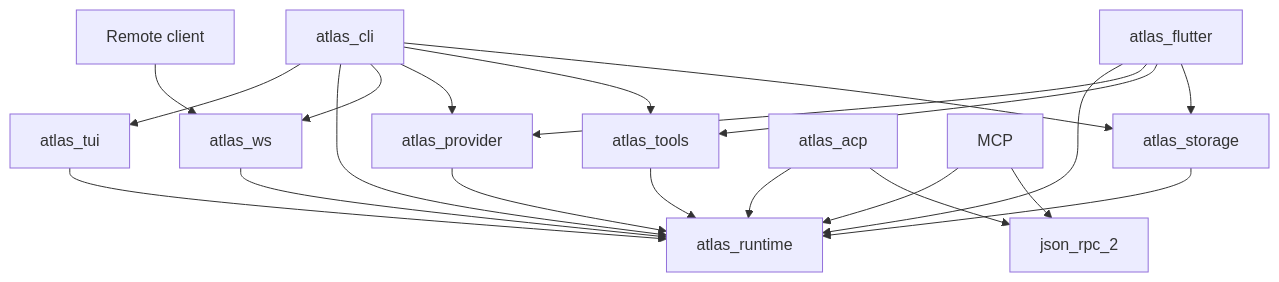
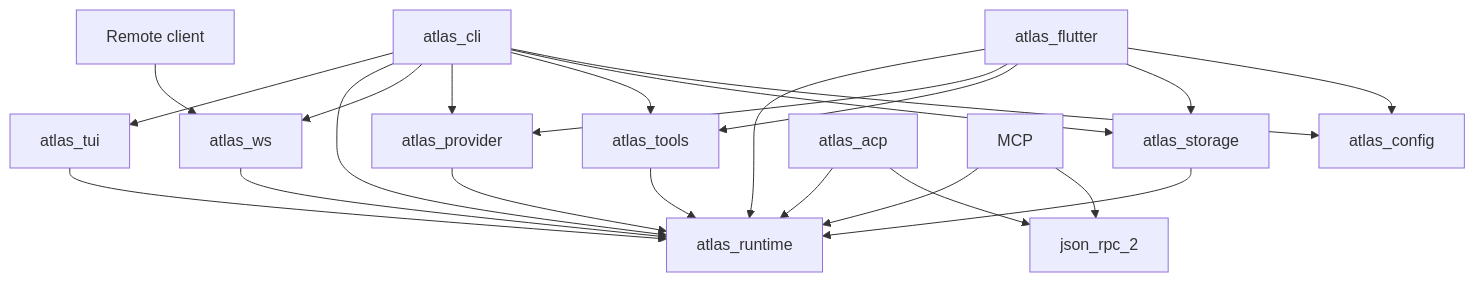
The diagram in docs/architecture.md (gvenusleo/Atlas), drawn with Mermaid before and after one commit. The commit also changed other lines of this file and 11 other files, not shown here.

````diff
--- a/docs/architecture.md
+++ b/docs/architecture.md
@@ -15,23 +15,25 @@
 ```mermaid
 graph TD
     CLI[atlas_cli] --> TUI[atlas_tui]
     CLI --> RT[atlas_runtime]
     CLI --> WS[atlas_ws]
     CLI --> PROVIDER[atlas_provider]
     CLI --> TOOLS[atlas_tools]
     CLI --> STORAGE[atlas_storage]
+    CLI --> CONFIG[atlas_config]
     FL[atlas_flutter] --> RT
     FL --> PROVIDER
     FL --> TOOLS
     FL --> STORAGE
+    FL --> CONFIG
     TUI --> RT
     REMOTE[Remote client] --> WS
     WS --> RT
     ACP[atlas_acp] --> RT[atlas_runtime]
     MCP --> RT
     PROVIDER --> RT
     TOOLS --> RT
     STORAGE --> RT
     ACP --> JRPC[json_rpc_2]
     MCP --> JRPC
 ```
````
